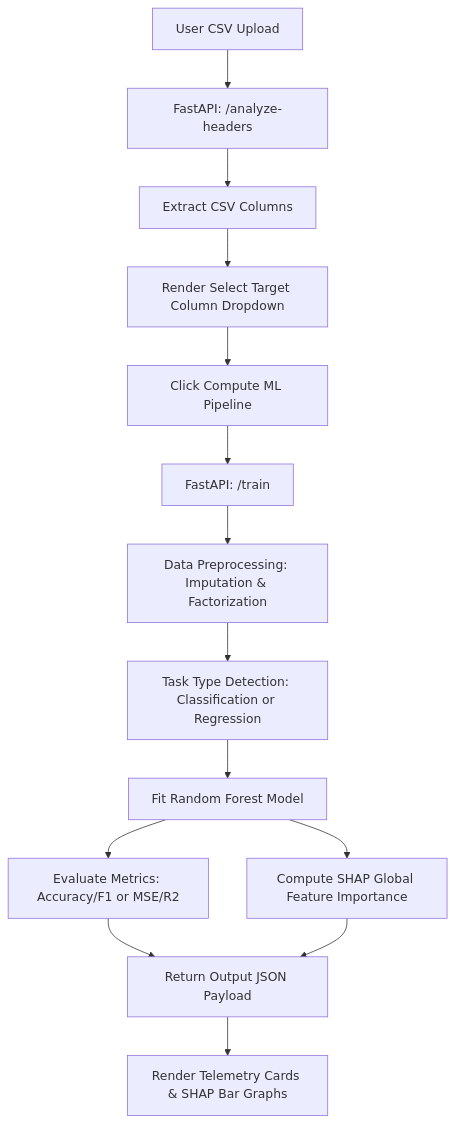
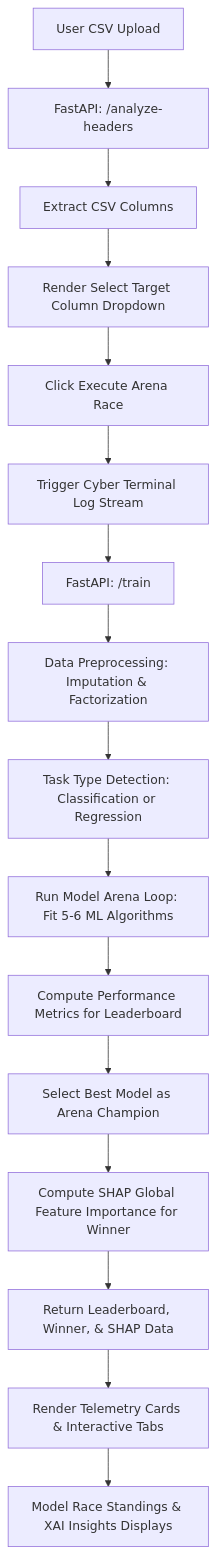
One commit to Sachinsingh198/AutoML changed the diagram in README.md. Above: the diagram before and after it, drawn with Mermaid. The commit also changed other lines of this file and 7 other files, not shown here.

````diff
--- a/README.md
+++ b/README.md
@@ -40,16 +47,18 @@
 ```mermaid
 graph TD
     A[User CSV Upload] --> B[FastAPI: /analyze-headers]
     B --> C[Extract CSV Columns]
     C --> D[Render Select Target Column Dropdown]
-    D --> E[Click Compute ML Pipeline]
-    E --> F[FastAPI: /train]
-    F --> G[Data Preprocessing: Imputation & Factorization]
-    G --> H[Task Type Detection: Classification or Regression]
-    H --> I[Fit Random Forest Model]
-    I --> J[Evaluate Metrics: Accuracy/F1 or MSE/R2]
-    I --> K[Compute SHAP Global Feature Importance]
-    J --> L[Return Output JSON Payload]
-    K --> L
-    L --> M[Render Telemetry Cards & SHAP Bar Graphs]
+    D --> E[Click Execute Arena Race]
+    E --> F[Trigger Cyber Terminal Log Stream]
+    F --> G[FastAPI: /train]
+    G --> H[Data Preprocessing: Imputation & Factorization]
+    H --> I[Task Type Detection: Classification or Regression]
+    I --> J[Run Model Arena Loop: Fit 5-6 ML Algorithms]
+    J --> K[Compute Performance Metrics for Leaderboard]
+    K --> L[Select Best Model as Arena Champion]
+    L --> M[Compute SHAP Global Feature Importance for Winner]
+    M --> N[Return Leaderboard, Winner, & SHAP Data]
+    N --> O[Render Telemetry Cards & Interactive Tabs]
+    O --> P[Model Race Standings & XAI Insights Displays]
 ```
````
